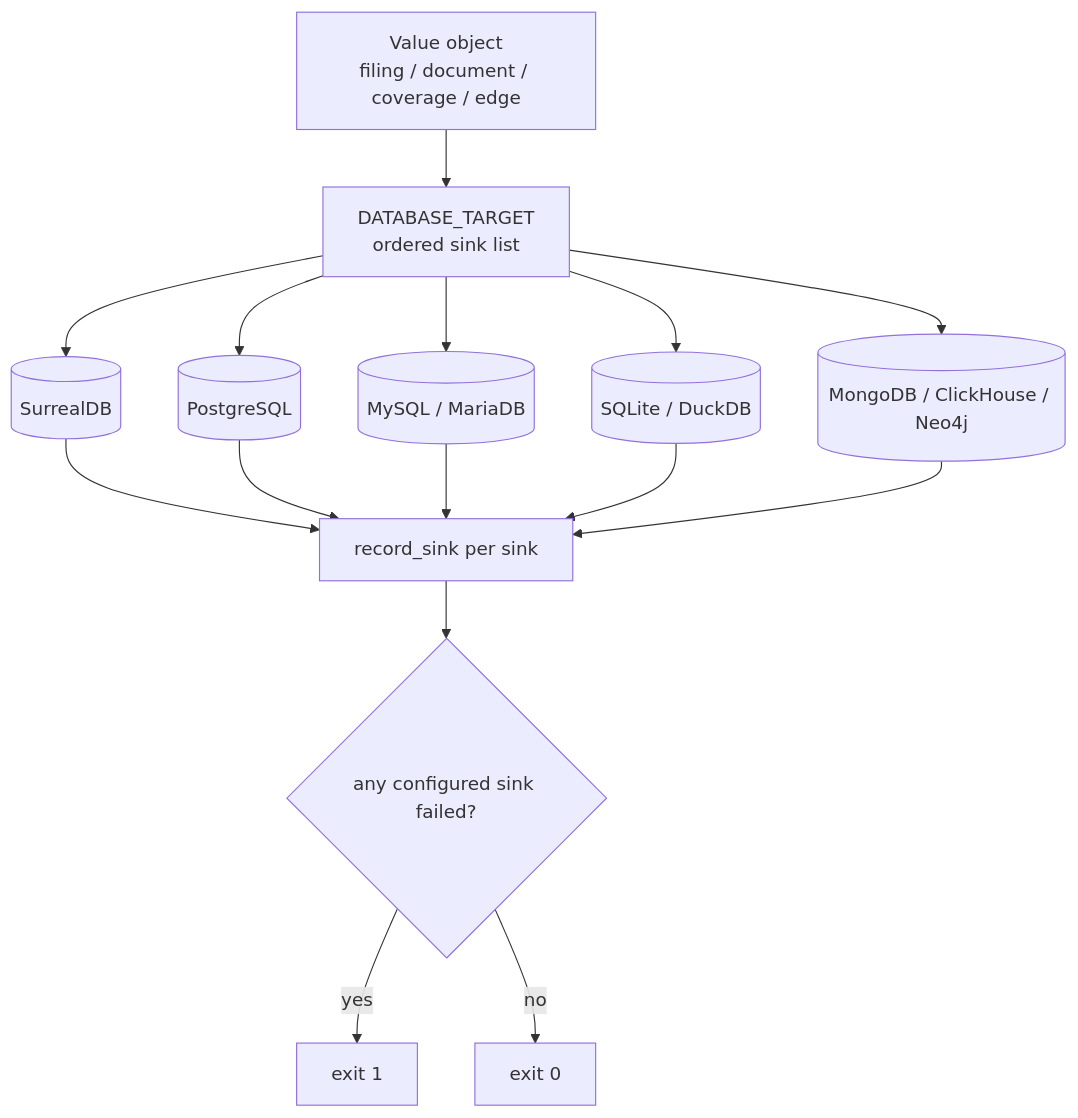
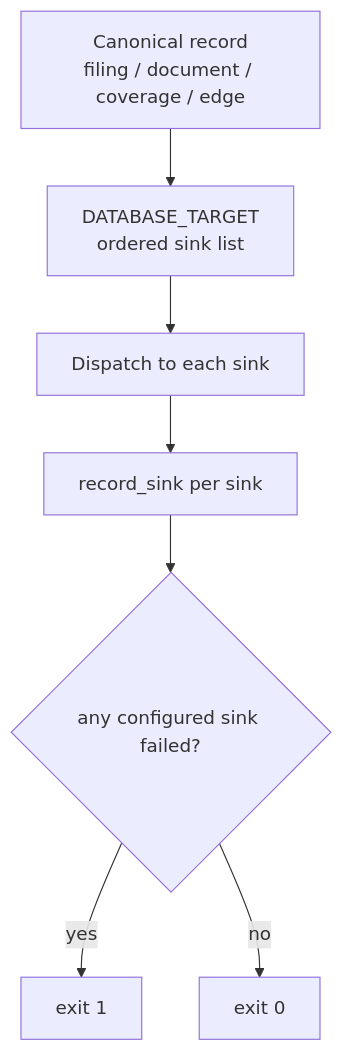
One commit to simonplmak-cloud/hkex-filing-scraper changed the second of 2 diagrams in docs/architecture.md. Above: the diagram before and after it, drawn with Mermaid. The commit also changed other lines of this file and 57 other files, not shown here.

````diff
--- a/docs/architecture.md
+++ b/docs/architecture.md
@@ -46,17 +55,9 @@
 ```mermaid
 flowchart TD
-    V[Value object<br/>filing / document / coverage / edge] --> D[DATABASE_TARGET<br/>ordered sink list]
-    D --> S[(SurrealDB)]
-    D --> P[(PostgreSQL)]
-    D --> M[(MySQL / MariaDB)]
-    D --> L[(SQLite / DuckDB)]
-    D --> B[(MongoDB / ClickHouse / Neo4j)]
-    S --> R[record_sink per sink]
-    P --> R
-    M --> R
-    L --> R
-    B --> R
-    R --> X{any configured sink failed?}
+    V[Canonical record<br/>filing / document / coverage / edge] --> D[DATABASE_TARGET<br/>ordered sink list]
+    D --> R[Dispatch to each sink]
+    R --> C[record_sink per sink]
+    C --> X{any configured sink failed?}
     X -->|yes| E[exit 1]
     X -->|no| O[exit 0]
 ```
````
